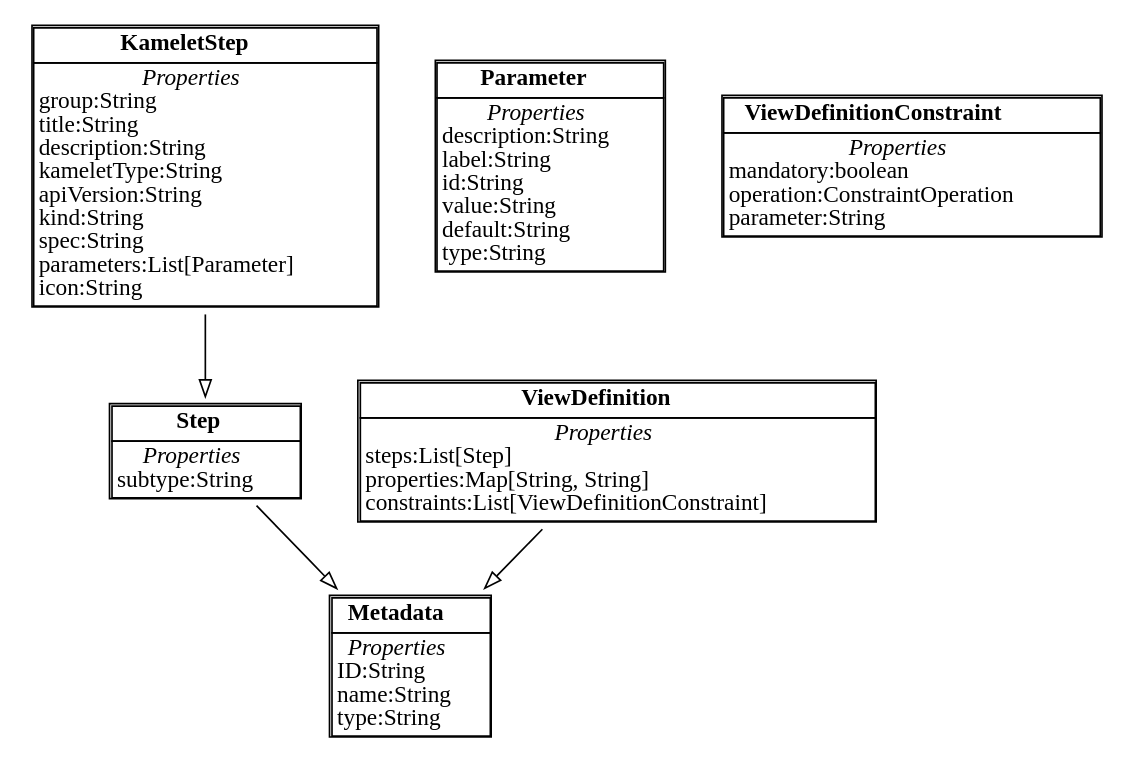
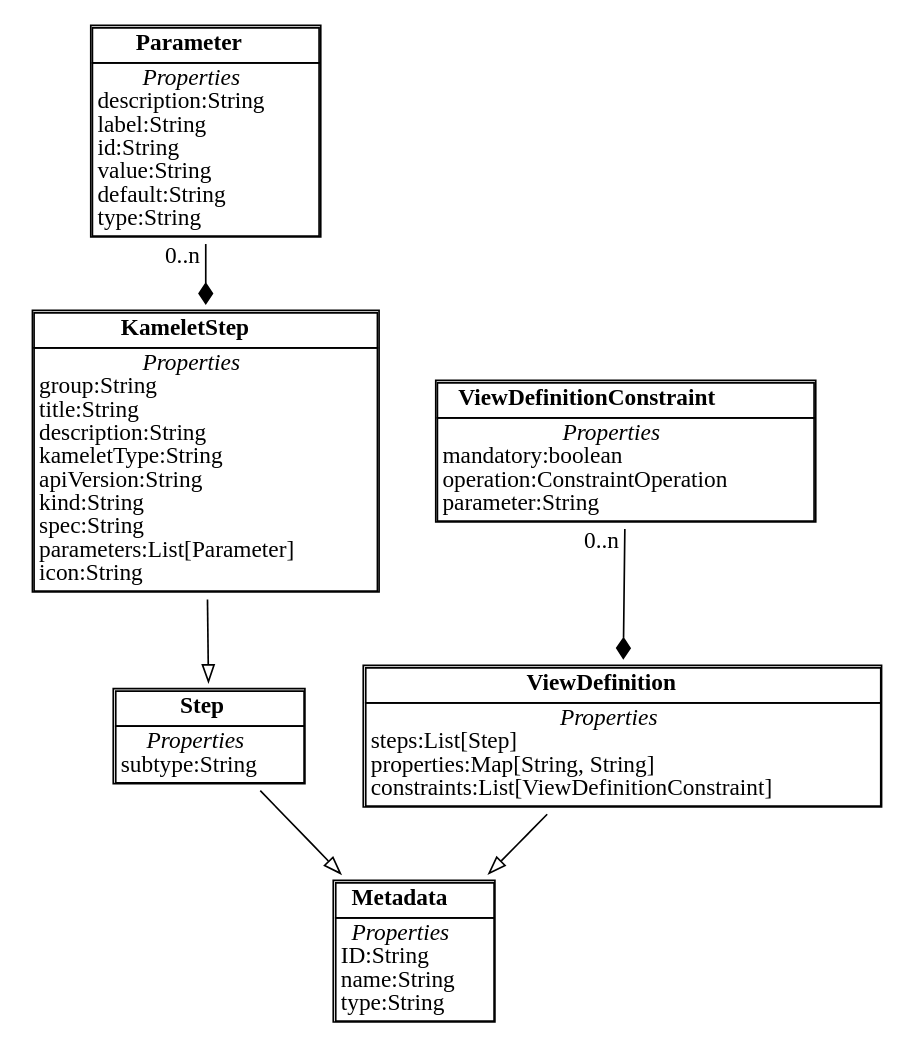
The diagram in class-diagram-model.dot (KaotoIO/kaoto-backend), drawn with Graphviz before and after one commit. The commit also changed 1 other file, not shown here.

```diff
--- a/class-diagram-model.dot
+++ b/class-diagram-model.dot
@@ -1,76 +1,86 @@
 digraph ClassDiagram {
 	node [shape=plaintext]
 	edge [arrowhead=empty];
 
 "Metadata" [ label = <<TABLE CELLSPACING="0">
 	<TR><TD><B>Metadata</B></TD></TR>
 	<TR><TD><I>Properties</I><BR/>
 ID:String<BR align="left" />name:String<BR align="left" />type:String<BR align="left" />
 
 </TD></TR>
 
 
 </TABLE>>]
 
 
 "Parameter" [ label = <<TABLE CELLSPACING="0">
 	<TR><TD><B>Parameter</B></TD></TR>
 	<TR><TD><I>Properties</I><BR/>
 description:String<BR align="left" />label:String<BR align="left" />id:String<BR align="left" />value:String<BR align="left" />default:String<BR align="left" />type:String<BR align="left" />
 
 </TD></TR>
 
 
 </TABLE>>]
 
 
 "Step" [ label = <<TABLE CELLSPACING="0">
 	<TR><TD><B>Step</B></TD></TR>
 	<TR><TD><I>Properties</I><BR/>
 subtype:String<BR align="left" />
 
 </TD></TR>
 
 
 </TABLE>>]
 
 	"Step" -> "Metadata"
 
 "KameletStep" [ label = <<TABLE CELLSPACING="0">
 	<TR><TD><B>KameletStep</B></TD></TR>
 	<TR><TD><I>Properties</I><BR/>
 group:String<BR align="left" />title:String<BR align="left" />description:String<BR align="left" />kameletType:String<BR align="left" />apiVersion:String<BR align="left" />kind:String<BR align="left" />spec:String<BR align="left" />parameters:List[Parameter]<BR align="left" />icon:String<BR align="left" />
 
 </TD></TR>
 
 
 </TABLE>>]
 
 	"KameletStep" -> "Step"
 
+		"Parameter" -> "KameletStep" [dir=both; arrowhead=diamond; arrowtail=none
+		
+		, taillabel="0..n"
+		
+		]
 "ViewDefinition" [ label = <<TABLE CELLSPACING="0">
 	<TR><TD><B>ViewDefinition</B></TD></TR>
 	<TR><TD><I>Properties</I><BR/>
 steps:List[Step]<BR align="left" />properties:Map[String, String]<BR align="left" />constraints:List[ViewDefinitionConstraint]<BR align="left" />
 
 </TD></TR>
 
 
 </TABLE>>]
 
 	"ViewDefinition" -> "Metadata"
 
+		"ViewDefinitionConstraint" -> "ViewDefinition" [dir=both; arrowhead=diamond; arrowtail=none
+		
+		, taillabel="0..n"
+		
+		]
 "ViewDefinitionConstraint" [ label = <<TABLE CELLSPACING="0">
 	<TR><TD><B>ViewDefinitionConstraint</B></TD></TR>
 	<TR><TD><I>Properties</I><BR/>
 mandatory:boolean<BR align="left" />operation:ConstraintOperation<BR align="left" />parameter:String<BR align="left" />
 
 </TD></TR>
 
 
 </TABLE>>]
 
 
 
 
 }
```
